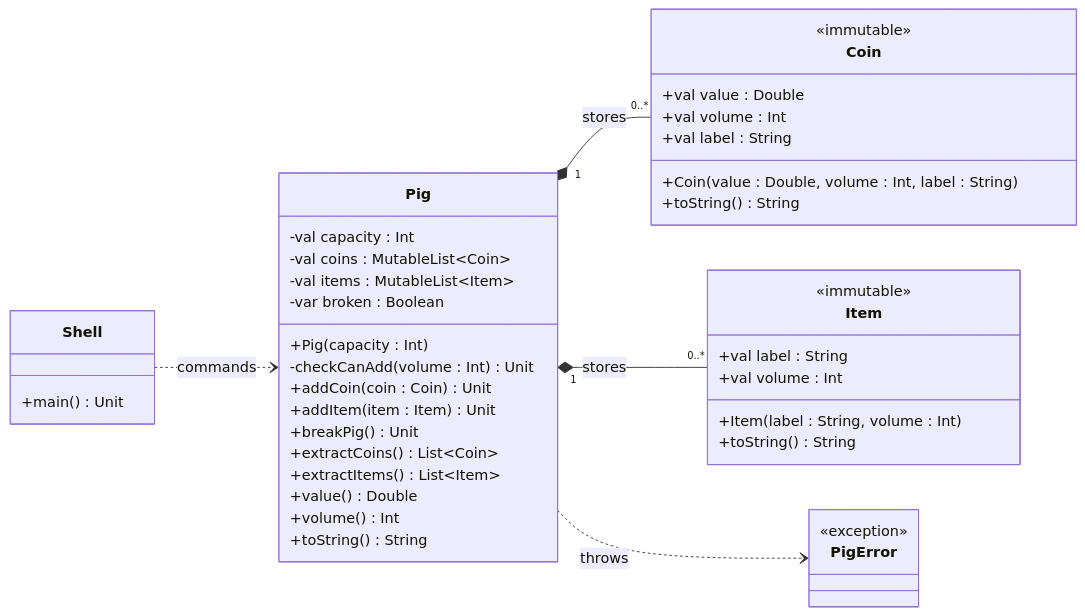
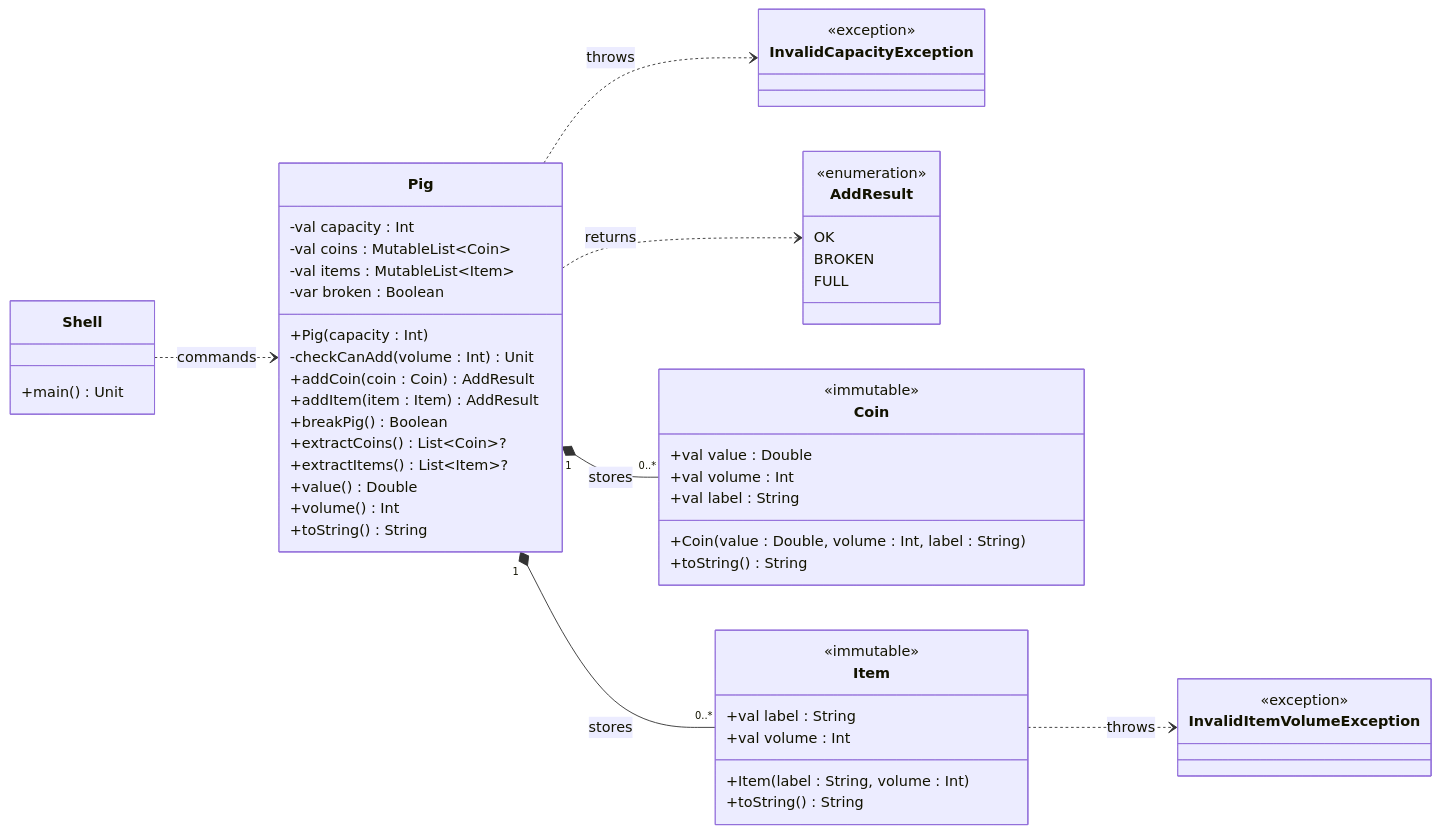
Before and after one commit to qxcodepoo/arcade: the diagram in labs/porquinho/README.md, drawn with Mermaid. The commit also changed other lines of this file and 44 other files, not shown here.

````diff
--- a/labs/porquinho/README.md
+++ b/labs/porquinho/README.md
@@ -53,52 +58,65 @@
 ```mermaid
 %%{init: {'fontFamily': 'monospace'}}%%
 classDiagram
     direction LR
 
-    class PigError {
+    class InvalidCapacityException {
         <<exception>>
+    }
+
+    class InvalidItemVolumeException {
+        <<exception>>
+    }
+
+    class AddResult {
+        <<enumeration>>
+        OK
+        BROKEN
+        FULL
     }
 
     class Coin {
         <<immutable>>
         +val value : Double
         +val volume : Int
         +val label : String
         +Coin(value : Double, volume : Int, label : String)
         +toString() String
     }
 
     class Item {
         <<immutable>>
         +val label : String
         +val volume : Int
         +Item(label : String, volume : Int)
         +toString() String
     }
 
     class Pig {
         -val capacity : Int
         -val coins : MutableList~Coin~
         -val items : MutableList~Item~
         -var broken : Boolean
         +Pig(capacity : Int)
         -checkCanAdd(volume : Int) Unit
-        +addCoin(coin : Coin) Unit
-        +addItem(item : Item) Unit
-        +breakPig() Unit
-        +extractCoins() List~Coin~
-        +extractItems() List~Item~
+        +addCoin(coin : Coin) AddResult
+        +addItem(item : Item) AddResult
+        +breakPig() Boolean
+        +extractCoins() List~Coin~?
+        +extractItems() List~Item~?
         +value() Double
         +volume() Int
         +toString() String
     }
 
     class Shell {
         +main() Unit
     }
 
     Pig "1" *-- "0..*" Coin : stores
     Pig "1" *-- "0..*" Item : stores
-    Pig ..> PigError : throws
+    Pig ..> InvalidCapacityException : throws
+    Item ..> InvalidItemVolumeException : throws
+    Pig ..> AddResult : returns
     Shell ..> Pig : commands
 ```
````
